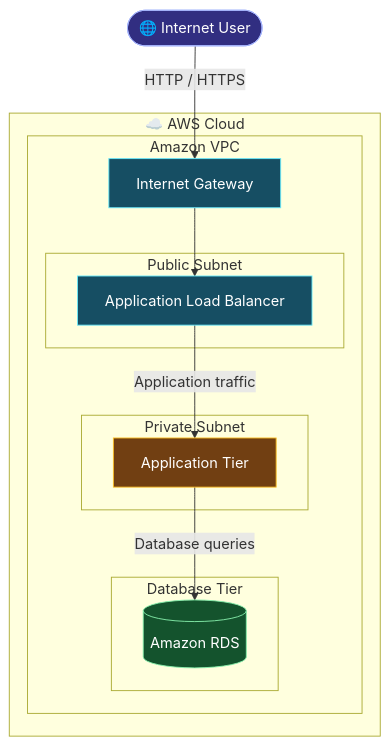
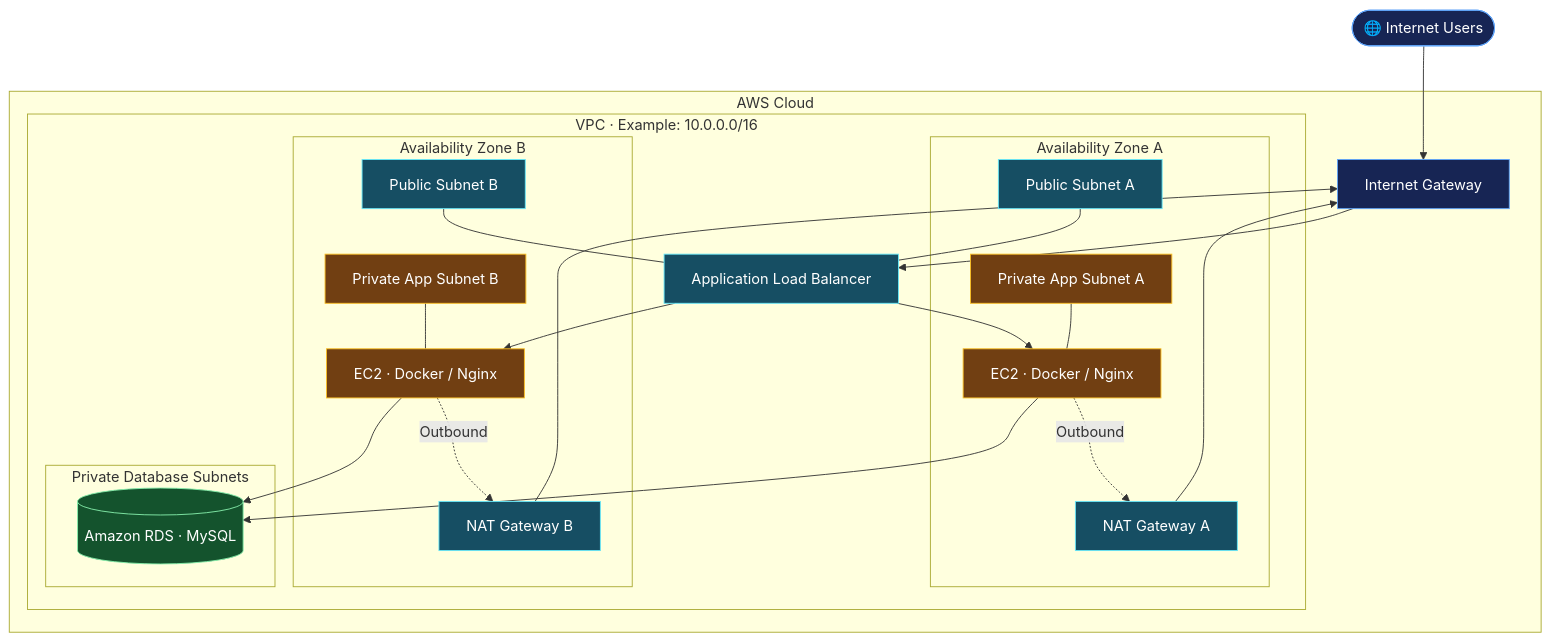
The diagram in README.md (devops-portfolio-vijay/terraform-aws-2tier-architecture), drawn with Mermaid before and after one commit. The commit also changed other lines of this file, not shown here.

````diff
--- a/README.md
+++ b/README.md
@@ -7,38 +7,55 @@
 ```mermaid
 flowchart TB
-    U(["🌐 Internet User"])
+    USER(["🌐 Internet Users"])
 
-    subgraph AWS["☁️ AWS Cloud"]
-        subgraph VPC["Amazon VPC"]
-            IGW["Internet Gateway"]
+    subgraph AWS["AWS Cloud"]
+        IGW["Internet Gateway"]
 
-            subgraph PUBLIC["Public Subnet"]
-                ALB["Application Load Balancer"]
+        subgraph VPC["VPC · Example: 10.0.0.0/16"]
+            ALB["Application Load Balancer"]
+
+            subgraph AZA["Availability Zone A"]
+                PA["Public Subnet A"]
+                NA["NAT Gateway A"]
+                PVA["Private App Subnet A"]
+                EA["EC2 · Docker / Nginx"]
             end
 
-            subgraph PRIVATE["Private Subnet"]
-                APP["Application Tier"]
+            subgraph AZB["Availability Zone B"]
+                PB["Public Subnet B"]
+                NB["NAT Gateway B"]
+                PVB["Private App Subnet B"]
+                EB["EC2 · Docker / Nginx"]
             end
 
-            subgraph DATA["Database Tier"]
-                DB[("Amazon RDS")]
+            subgraph DBT["Private Database Subnets"]
+                DB[("Amazon RDS · MySQL")]
             end
 
-            ALB -->|"Application traffic"| APP
-            APP -->|"Database queries"| DB
+            PA --- ALB
+            PB --- ALB
+            PVA --- EA
+            PVB --- EB
+            EA --> DB
+            EB --> DB
+            EA -. "Outbound" .-> NA
+            EB -. "Outbound" .-> NB
         end
     end
 
-    U -->|"HTTP / HTTPS"| IGW
-    IGW --> ALB
+    USER --> IGW --> ALB
+    ALB --> EA
+    ALB --> EB
+    NA --> IGW
+    NB --> IGW
 
-    classDef user fill:#312e81,color:#fff,stroke:#a5b4fc
-    classDef network fill:#164e63,color:#fff,stroke:#67e8f9
-    classDef application fill:#713f12,color:#fff,stroke:#fbbf24
+    classDef internet fill:#172554,color:#fff,stroke:#60a5fa
+    classDef public fill:#164e63,color:#fff,stroke:#67e8f9
+    classDef private fill:#713f12,color:#fff,stroke:#fbbf24
     classDef database fill:#14532d,color:#fff,stroke:#86efac
 
-    class U user
-    class IGW,ALB network
-    class APP application
+    class USER,IGW internet
+    class ALB,PA,PB,NA,NB public
+    class PVA,PVB,EA,EB private
     class DB database
 ```
````
